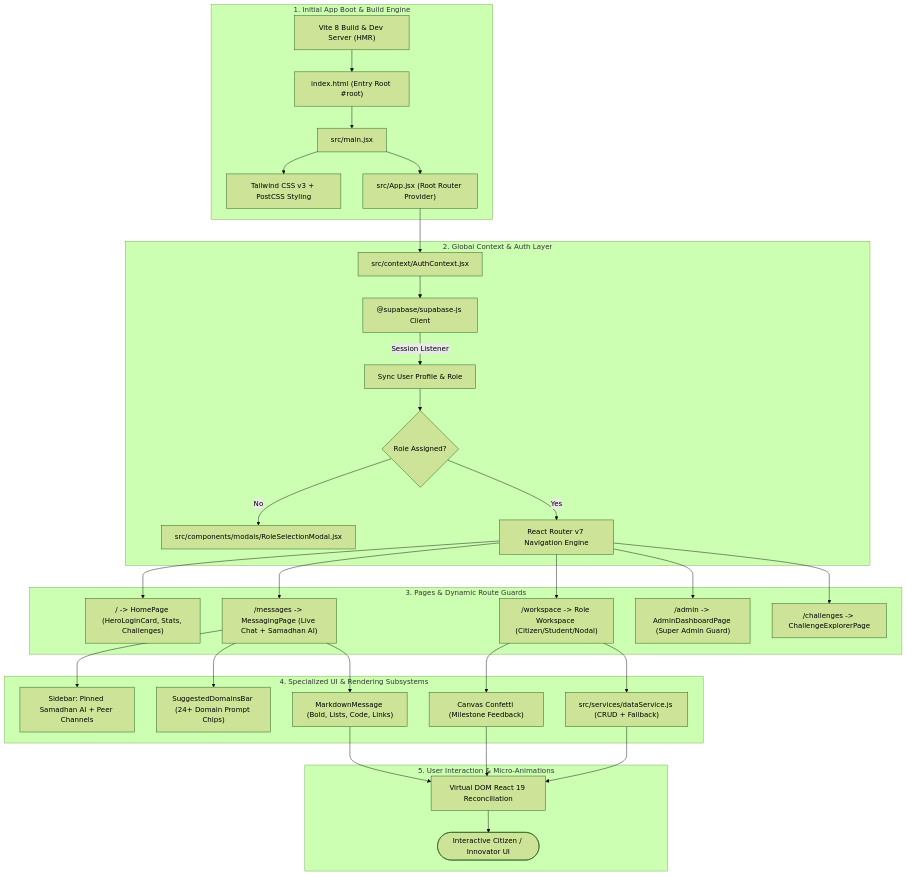
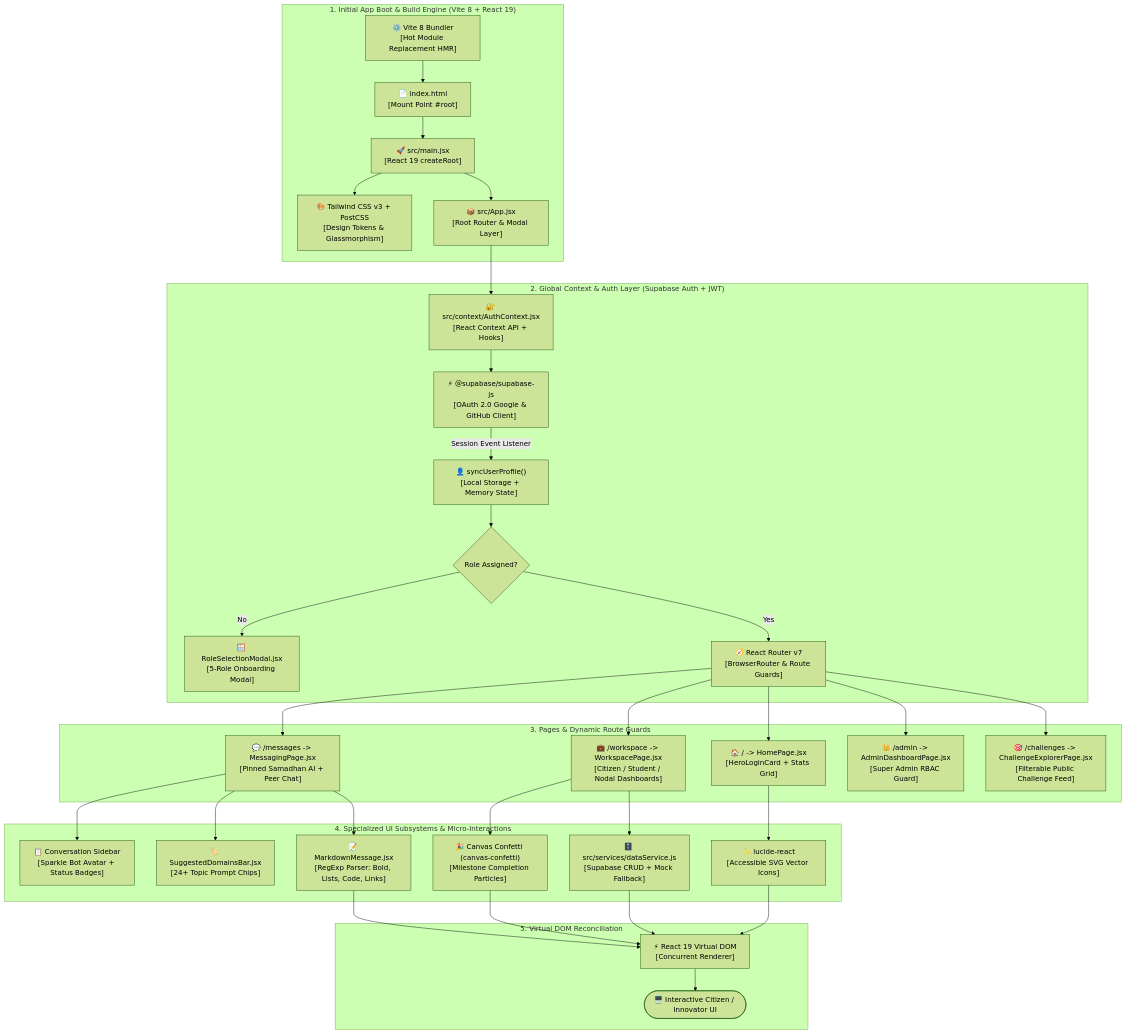
The second of 7 diagrams in WORKFLOW_AND_FLOWCHARTS.md (InfiniteLeveling/smadhanconnect), drawn with Mermaid (forest theme) before and after one commit. The commit also changed other lines of this file and 3 other files, not shown here.

Commit message:
docs: add explicit tech stack annotations to all flowcharts in README, WORKFLOW_AND_FLOWCHARTS, and PDF

````diff
--- a/WORKFLOW_AND_FLOWCHARTS.md
+++ b/WORKFLOW_AND_FLOWCHARTS.md
@@ -52,41 +50,43 @@
 ```mermaid
 flowchart TD
-    subgraph Boot["1. Initial App Boot & Build Engine"]
-        Vite["Vite 8 Build & Dev Server (HMR)"] --> HTML["index.html (Entry Root #root)"]
-        HTML --> MainJSX["src/main.jsx"]
-        MainJSX --> Tailwind["Tailwind CSS v3 + PostCSS Styling"]
-        MainJSX --> AppJSX["src/App.jsx (Root Router Provider)"]
+    subgraph Boot["1. Initial App Boot & Build Engine (Vite 8 + React 19)"]
+        Vite["⚙️ Vite 8 Bundler<br/>[Hot Module Replacement HMR]"] --> HTML["📄 index.html<br/>[Mount Point #root]"]
+        HTML --> MainJSX["🚀 src/main.jsx<br/>[React 19 createRoot]"]
+        MainJSX --> Tailwind["🎨 Tailwind CSS v3 + PostCSS<br/>[Design Tokens & Glassmorphism]"]
+        MainJSX --> AppJSX["📦 src/App.jsx<br/>[Root Router & Modal Layer]"]
     end
 
-    subgraph StateAndAuth["2. Global Context & Auth Layer"]
-        AppJSX --> AuthProvider["src/context/AuthContext.jsx"]
-        AuthProvider --> SupaAuthClient["@supabase/supabase-js Client"]
-        SupaAuthClient -->|Session Listener| UserProfile["Sync User Profile & Role"]
+    subgraph StateAndAuth["2. Global Context & Auth Layer (Supabase Auth + JWT)"]
+        AppJSX --> AuthProvider["🔐 src/context/AuthContext.jsx<br/>[React Context API + Hooks]"]
+        AuthProvider --> SupaAuthClient["⚡ @supabase/supabase-js<br/>[OAuth 2.0 Google & GitHub Client]"]
+        SupaAuthClient -->|Session Event Listener| UserProfile["👤 syncUserProfile()<br/>[Local Storage + Memory State]"]
         UserProfile --> RoleCheck{Role Assigned?}
-        RoleCheck -- No --> RoleModal["src/components/modals/RoleSelectionModal.jsx"]
-        RoleCheck -- Yes --> RouterLayer["React Router v7 Navigation Engine"]
+        RoleCheck -- No --> RoleModal["🪟 RoleSelectionModal.jsx<br/>[5-Role Onboarding Modal]"]
+        RoleCheck -- Yes --> RouterLayer["🧭 React Router v7<br/>[BrowserRouter & Route Guards]"]
     end
 
     subgraph RoutingAndPages["3. Pages & Dynamic Route Guards"]
-        RouterLayer --> Page_Home["/ -> HomePage (HeroLoginCard, Stats, Challenges)"]
-        RouterLayer --> Page_Workspace["/workspace -> Role Workspace (Citizen/Student/Nodal)"]
-        RouterLayer --> Page_Messages["/messages -> MessagingPage (Live Chat + Samadhan AI)"]
-        RouterLayer --> Page_Admin["/admin -> AdminDashboardPage (Super Admin Guard)"]
-        RouterLayer --> Page_Challenges["/challenges -> ChallengeExplorerPage"]
+        RouterLayer --> Page_Home["🏠 / -> HomePage.jsx<br/>[HeroLoginCard + Stats Grid]"]
+        RouterLayer --> Page_Workspace["💼 /workspace -> WorkspacePage.jsx<br/>[Citizen / Student / Nodal Dashboards]"]
+        RouterLayer --> Page_Messages["💬 /messages -> MessagingPage.jsx<br/>[Pinned Samadhan AI + Peer Chat]"]
+        RouterLayer --> Page_Admin["👑 /admin -> AdminDashboardPage.jsx<br/>[Super Admin RBAC Guard]"]
+        RouterLayer --> Page_Challenges["🎯 /challenges -> ChallengeExplorerPage.jsx<br/>[Filterable Public Challenge Feed]"]
     end
 
-    subgraph UIComponents["4. Specialized UI & Rendering Subsystems"]
-        Page_Messages --> ConvSidebar["Sidebar: Pinned Samadhan AI + Peer Channels"]
-        Page_Messages --> SuggestedBar["SuggestedDomainsBar (24+ Domain Prompt Chips)"]
-        Page_Messages --> MD_Renderer["MarkdownMessage (Bold, Lists, Code, Links)"]
-        Page_Workspace --> Confetti["Canvas Confetti (Milestone Feedback)"]
-        Page_Workspace --> DataService["src/services/dataService.js (CRUD + Fallback)"]
+    subgraph UIComponents["4. Specialized UI Subsystems & Micro-Interactions"]
+        Page_Messages --> ConvSidebar["📋 Conversation Sidebar<br/>[Sparkle Bot Avatar + Status Badges]"]
+        Page_Messages --> SuggestedBar["🏷️ SuggestedDomainsBar.jsx<br/>[24+ Topic Prompt Chips]"]
+        Page_Messages --> MD_Renderer["📝 MarkdownMessage.jsx<br/>[RegExp Parser: Bold, Lists, Code, Links]"]
+        Page_Workspace --> Confetti["🎉 Canvas Confetti (canvas-confetti)<br/>[Milestone Completion Particles]"]
+        Page_Workspace --> DataService["🗄️ src/services/dataService.js<br/>[Supabase CRUD + Mock Fallback]"]
+        Page_Home --> Lucide["✨ lucide-react<br/>[Accessible SVG Vector Icons]"]
     end
 
-    subgraph UserFeedback["5. User Interaction & Micro-Animations"]
-        MD_Renderer --> DOMUpdate["Virtual DOM React 19 Reconciliation"]
+    subgraph UserFeedback["5. Virtual DOM Reconciliation"]
+        MD_Renderer --> DOMUpdate["⚡ React 19 Virtual DOM<br/>[Concurrent Renderer]"]
         Confetti --> DOMUpdate
         DataService --> DOMUpdate
-        DOMUpdate --> UserScreen([Interactive Citizen / Innovator UI])
+        Lucide --> DOMUpdate
+        DOMUpdate --> UserScreen([🖥️ Interactive Citizen / Innovator UI])
     end
 ```
````
